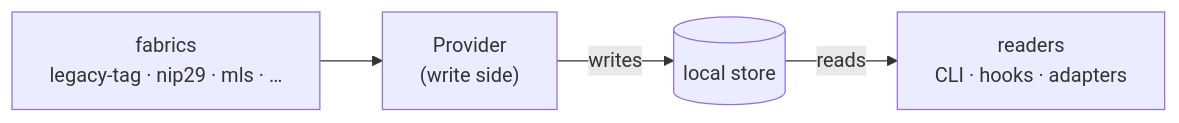
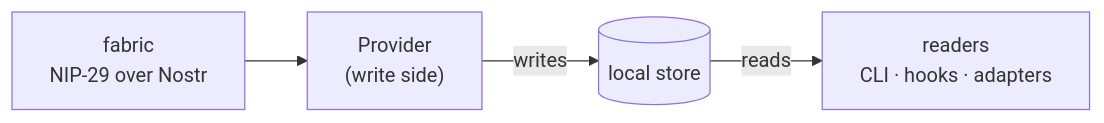
Before and after one commit to pablof7z/tenex-edge: the diagram in docs/fabric-architecture-overview.md, drawn with Mermaid. The commit also changed other lines of this file and 479 other files, not shown here.

````diff
--- a/docs/fabric-architecture-overview.md
+++ b/docs/fabric-architecture-overview.md
@@ -14,8 +14,8 @@
 ```mermaid
 flowchart LR
-    FABRICS["fabrics<br/>legacy-tag · nip29 · mls · …"]
+    FABRICS["fabric<br/>NIP-29 over Nostr"]
     PROVIDER["Provider<br/>(write side)"]
     STORE[("local store")]
     READERS["readers<br/>CLI · hooks · adapters"]
     FABRICS --> PROVIDER -- writes --> STORE -- reads --> READERS
 ```
````
